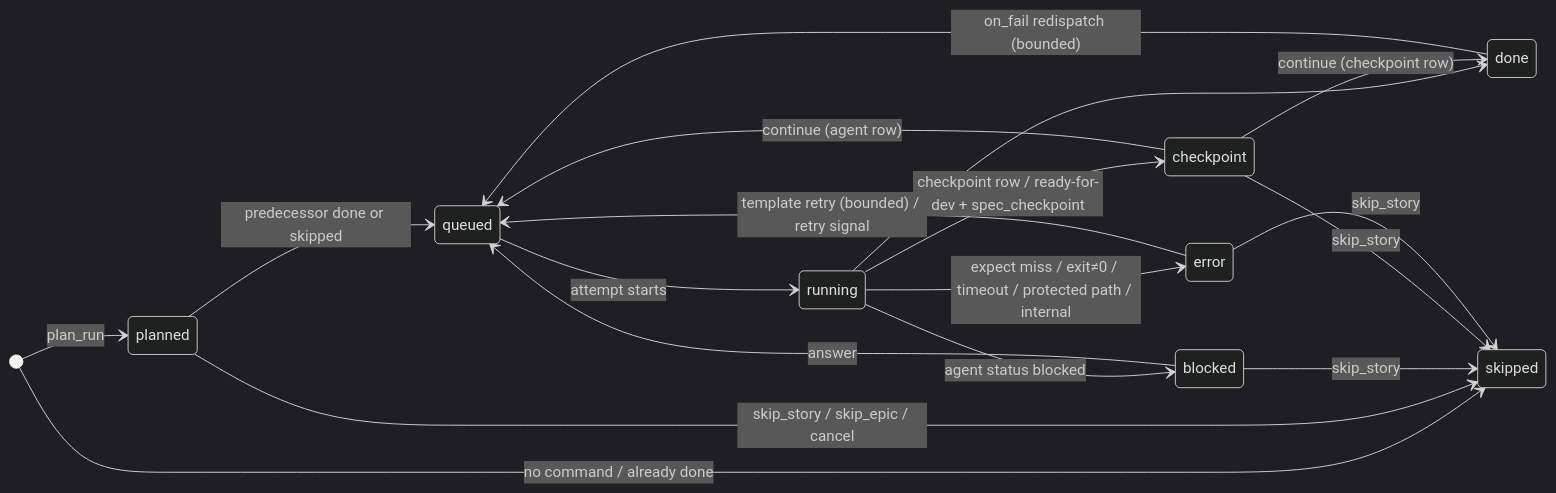
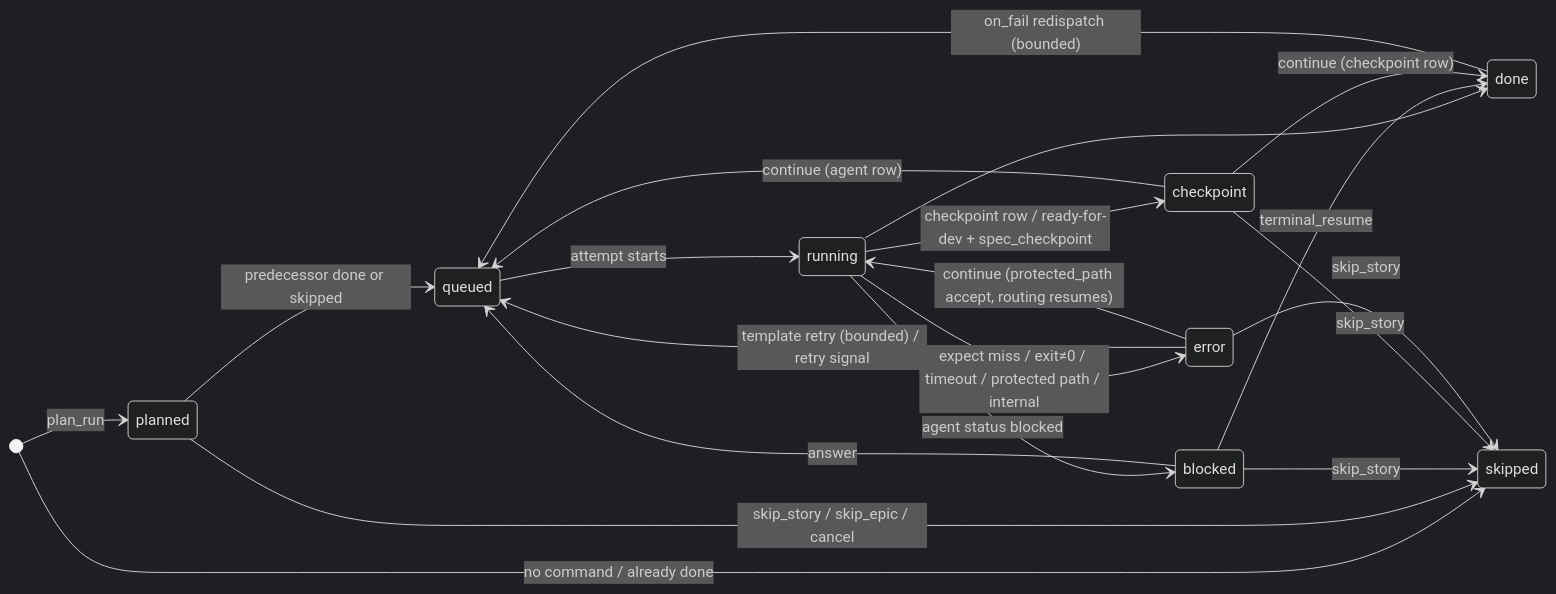
One commit to rebecamurillo/ai-orchestrator changed the third of 6 diagrams in _bmad-output/planning-artifacts/mvp/architecture/ARCHITECTURE-SPINE.md. Above: the diagram before and after it, drawn with Mermaid (dark theme). The commit also changed other lines of this file and 36 other files, not shown here.

````diff
--- a/_bmad-output/planning-artifacts/mvp/architecture/ARCHITECTURE-SPINE.md
+++ b/_bmad-output/planning-artifacts/mvp/architecture/ARCHITECTURE-SPINE.md
@@ -122,21 +123,23 @@
 ```mermaid
 stateDiagram-v2
   direction LR
   [*] --> planned: plan_run
   [*] --> skipped: no command / already done
   planned --> queued: predecessor done or skipped
   planned --> skipped: skip_story / skip_epic / cancel
   queued --> running: attempt starts
   running --> done
   running --> blocked: agent status blocked
   running --> checkpoint: checkpoint row / ready-for-dev + spec_checkpoint
   running --> error: expect miss / exit≠0 / timeout / protected path / internal
   error --> queued: template retry (bounded) / retry signal
+  error --> running: continue (protected_path accept, routing resumes)
   done --> queued: on_fail redispatch (bounded)
   blocked --> queued: answer
+  blocked --> done: terminal_resume
   checkpoint --> queued: continue (agent row)
   checkpoint --> done: continue (checkpoint row)
   blocked --> skipped: skip_story
   checkpoint --> skipped: skip_story
   error --> skipped: skip_story
 ```
````
